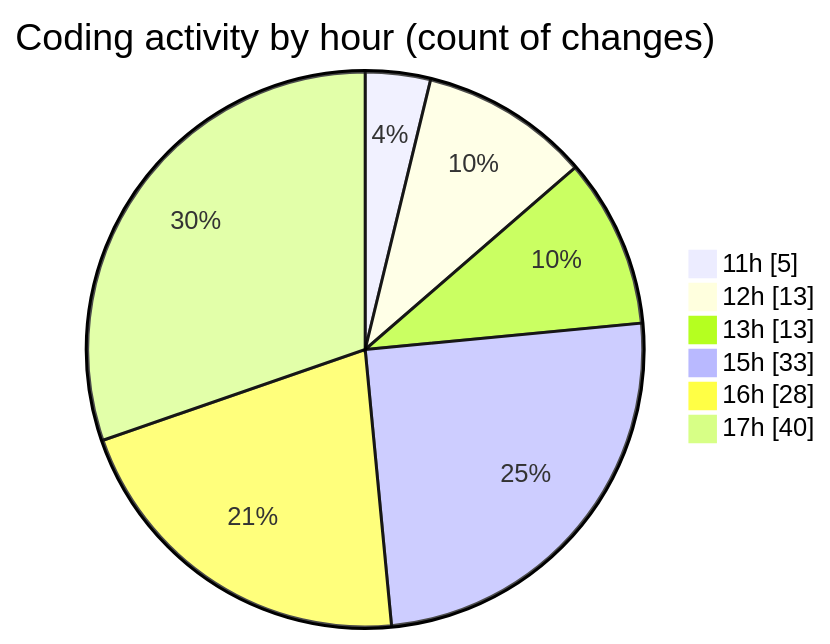
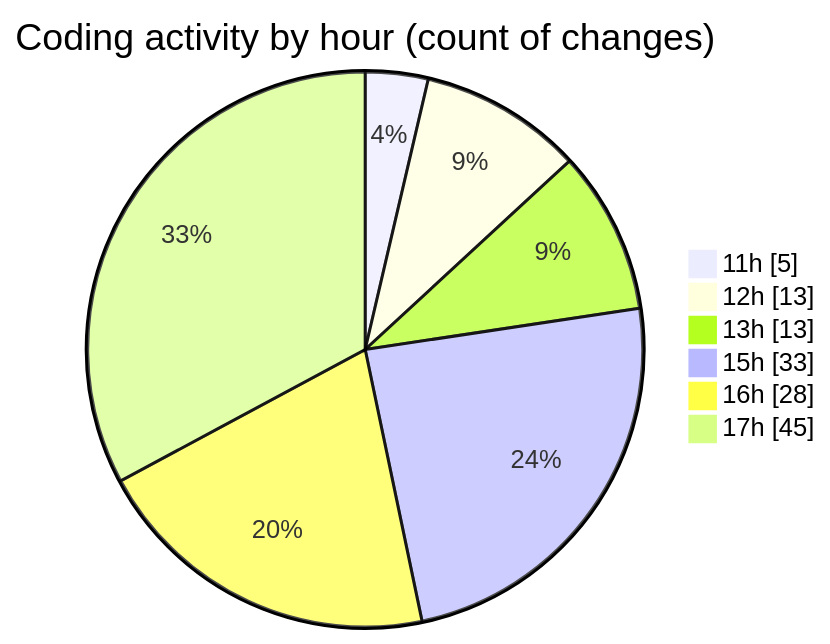
One commit to nxtqubesakshisongat/code-tracking changed the second of 2 diagrams in 2025-08-06/nxtqube_webapp/README.md. Above: the diagram before and after it, drawn with Mermaid. The commit also changed other lines of this file and 1 other file, not shown here.

````diff
--- a/2025-08-06/nxtqube_webapp/README.md
+++ b/2025-08-06/nxtqube_webapp/README.md
@@ -41,10 +41,10 @@
 ```mermaid
 pie showData
 title Coding activity by hour (count of changes)
 "11h" : 5
 "12h" : 13
 "13h" : 13
 "15h" : 33
 "16h" : 28
-"17h" : 40
+"17h" : 45
 ```
````
